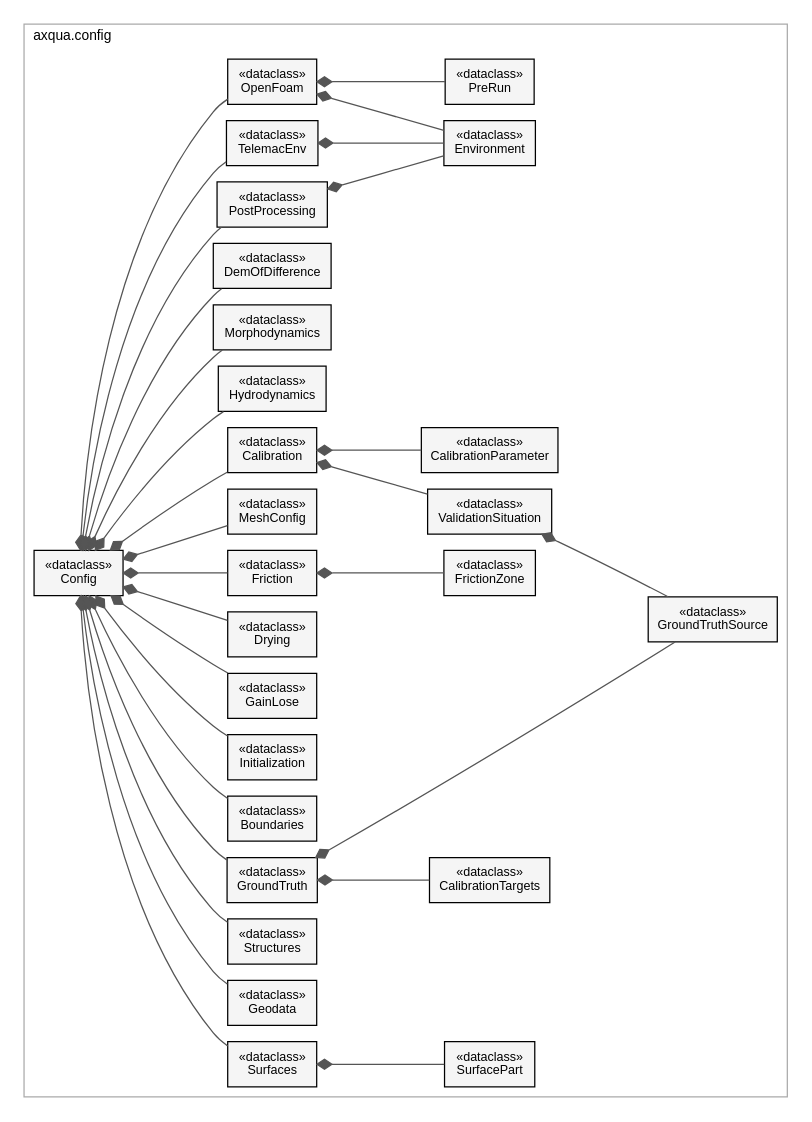
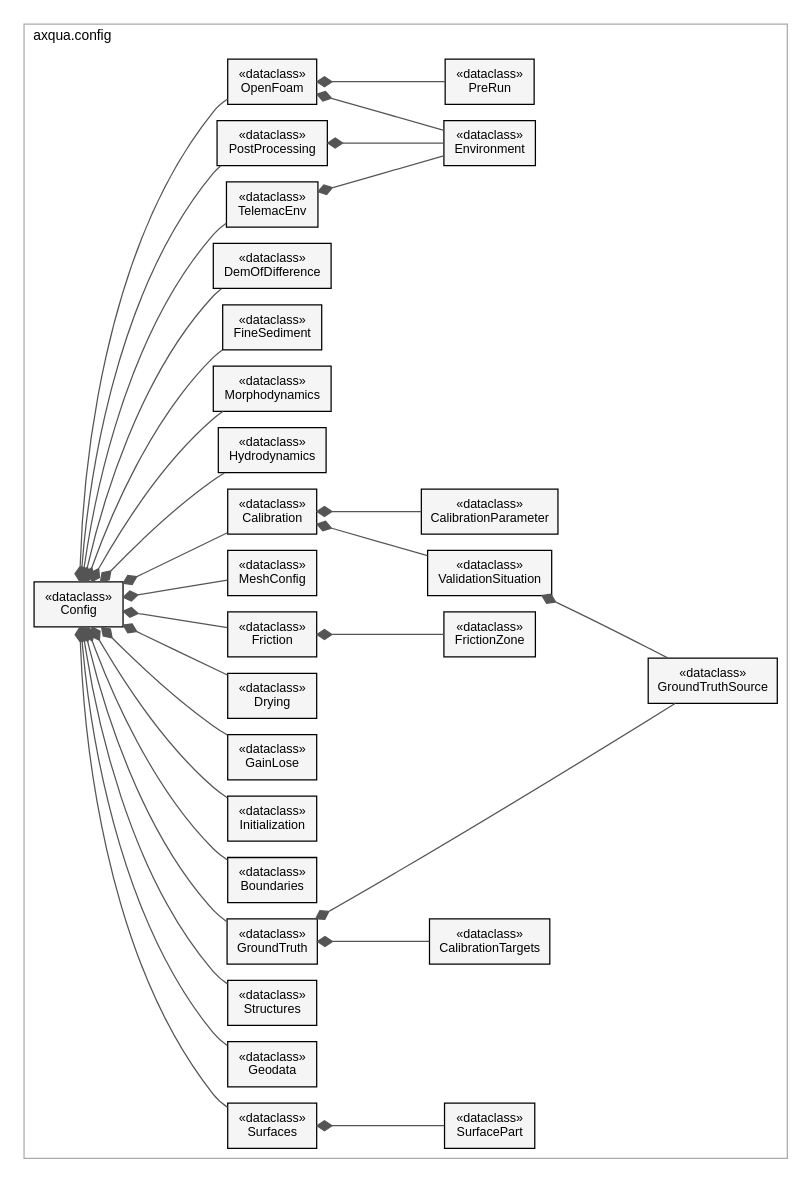
The diagram in docs/img/uml-case.dot (sschwindt/aXqua), drawn with Graphviz before and after one commit. The commit also changed 37 other files, not shown here.

```diff
--- a/docs/img/uml-case.dot
+++ b/docs/img/uml-case.dot
@@ -1,62 +1,64 @@
 digraph uml_case {
   graph [rankdir=LR, nodesep=0.18, ranksep=1.0, fontname="Helvetica,Arial,sans-serif", fontsize=11, labeljust=l];
   node [shape=box, style=filled, fillcolor="#f5f5f5", fontname="Helvetica,Arial,sans-serif", fontsize=10, margin="0.12,0.06"];
   edge [color="#555555"];
   subgraph cluster_0 {
     label="axqua.config"; color="#aaaaaa";
     Environment [label="&#171;dataclass&#187;\nEnvironment"];
     TelemacEnv [label="&#171;dataclass&#187;\nTelemacEnv"];
     GroundTruthSource [label="&#171;dataclass&#187;\nGroundTruthSource"];
     CalibrationTargets [label="&#171;dataclass&#187;\nCalibrationTargets"];
     Geodata [label="&#171;dataclass&#187;\nGeodata"];
     Structures [label="&#171;dataclass&#187;\nStructures"];
     SurfacePart [label="&#171;dataclass&#187;\nSurfacePart"];
     Surfaces [label="&#171;dataclass&#187;\nSurfaces"];
     Boundaries [label="&#171;dataclass&#187;\nBoundaries"];
     Initialization [label="&#171;dataclass&#187;\nInitialization"];
     GainLose [label="&#171;dataclass&#187;\nGainLose"];
     Drying [label="&#171;dataclass&#187;\nDrying"];
     GroundTruth [label="&#171;dataclass&#187;\nGroundTruth"];
     MeshConfig [label="&#171;dataclass&#187;\nMeshConfig"];
     FrictionZone [label="&#171;dataclass&#187;\nFrictionZone"];
     Friction [label="&#171;dataclass&#187;\nFriction"];
     Hydrodynamics [label="&#171;dataclass&#187;\nHydrodynamics"];
     Morphodynamics [label="&#171;dataclass&#187;\nMorphodynamics"];
+    FineSediment [label="&#171;dataclass&#187;\nFineSediment"];
     DemOfDifference [label="&#171;dataclass&#187;\nDemOfDifference"];
     CalibrationParameter [label="&#171;dataclass&#187;\nCalibrationParameter"];
     ValidationSituation [label="&#171;dataclass&#187;\nValidationSituation"];
     Calibration [label="&#171;dataclass&#187;\nCalibration"];
     PreRun [label="&#171;dataclass&#187;\nPreRun"];
     OpenFoam [label="&#171;dataclass&#187;\nOpenFoam"];
     PostProcessing [label="&#171;dataclass&#187;\nPostProcessing"];
     Config [label="&#171;dataclass&#187;\nConfig"];
   }
   TelemacEnv -> Environment [arrowtail=diamond, dir=back];
   Surfaces -> SurfacePart [arrowtail=diamond, dir=back];
   GroundTruth -> GroundTruthSource [arrowtail=diamond, dir=back];
   GroundTruth -> CalibrationTargets [arrowtail=diamond, dir=back];
   Friction -> FrictionZone [arrowtail=diamond, dir=back];
   ValidationSituation -> GroundTruthSource [arrowtail=diamond, dir=back];
   Calibration -> CalibrationParameter [arrowtail=diamond, dir=back];
   Calibration -> ValidationSituation [arrowtail=diamond, dir=back];
   OpenFoam -> Environment [arrowtail=diamond, dir=back];
   OpenFoam -> PreRun [arrowtail=diamond, dir=back];
   PostProcessing -> Environment [arrowtail=diamond, dir=back];
   Config -> TelemacEnv [arrowtail=diamond, dir=back];
   Config -> Geodata [arrowtail=diamond, dir=back];
   Config -> Boundaries [arrowtail=diamond, dir=back];
   Config -> Initialization [arrowtail=diamond, dir=back];
   Config -> MeshConfig [arrowtail=diamond, dir=back];
   Config -> Friction [arrowtail=diamond, dir=back];
   Config -> Hydrodynamics [arrowtail=diamond, dir=back];
   Config -> Morphodynamics [arrowtail=diamond, dir=back];
   Config -> GroundTruth [arrowtail=diamond, dir=back];
   Config -> Calibration [arrowtail=diamond, dir=back];
   Config -> DemOfDifference [arrowtail=diamond, dir=back];
   Config -> GainLose [arrowtail=diamond, dir=back];
   Config -> Drying [arrowtail=diamond, dir=back];
   Config -> Structures [arrowtail=diamond, dir=back];
   Config -> Surfaces [arrowtail=diamond, dir=back];
   Config -> OpenFoam [arrowtail=diamond, dir=back];
+  Config -> FineSediment [arrowtail=diamond, dir=back];
   Config -> PostProcessing [arrowtail=diamond, dir=back];
 }
```
